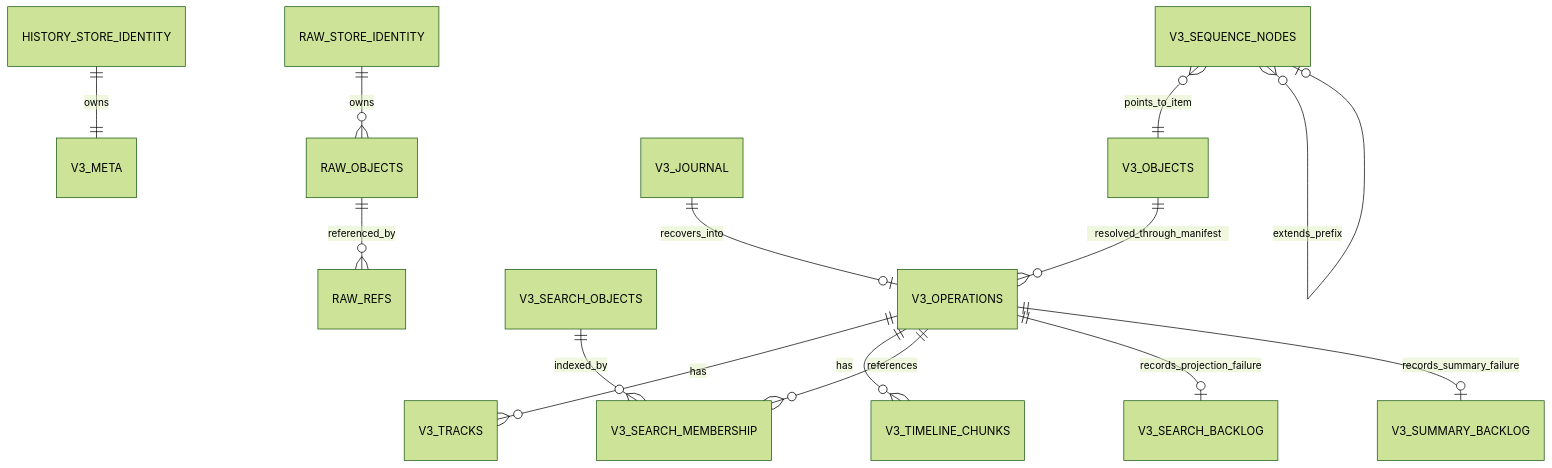
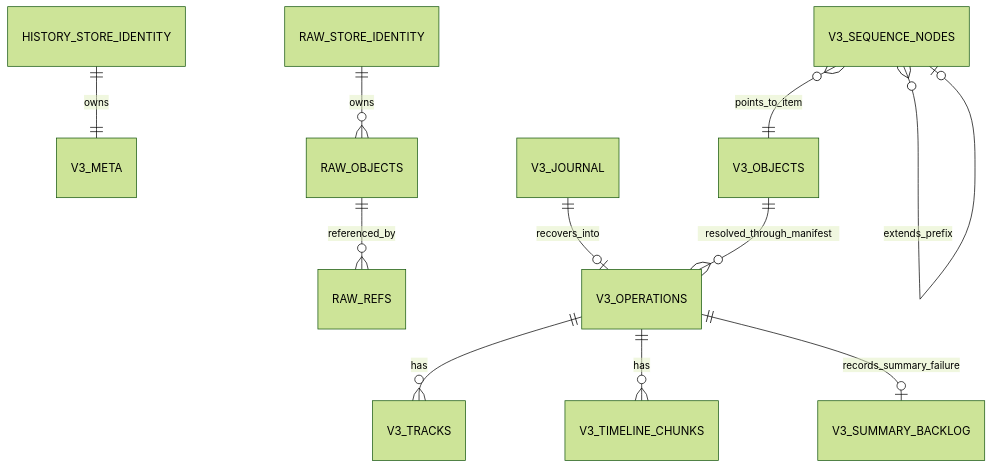
One commit to puxu-msft/copilot-api-js changed the diagram in docs/history-v3-schema.md. Above: the diagram before and after it, drawn with Mermaid (forest theme). The commit also changed other lines of this file and 30 other files, not shown here.

````diff
--- a/docs/history-v3-schema.md
+++ b/docs/history-v3-schema.md
@@ -22,16 +23,13 @@
 ```mermaid
 erDiagram
     HISTORY_STORE_IDENTITY ||--|| V3_META : owns
     V3_OPERATIONS ||--o{ V3_TRACKS : has
     V3_OPERATIONS ||--o{ V3_TIMELINE_CHUNKS : has
-    V3_OPERATIONS ||--o{ V3_SEARCH_MEMBERSHIP : references
-    V3_SEARCH_OBJECTS ||--o{ V3_SEARCH_MEMBERSHIP : indexed_by
     V3_OBJECTS ||--o{ V3_OPERATIONS : resolved_through_manifest
     V3_SEQUENCE_NODES }o--|| V3_OBJECTS : points_to_item
     V3_SEQUENCE_NODES }o--o| V3_SEQUENCE_NODES : extends_prefix
     V3_JOURNAL ||--o| V3_OPERATIONS : recovers_into
-    V3_OPERATIONS ||--o| V3_SEARCH_BACKLOG : records_projection_failure
     V3_OPERATIONS ||--o| V3_SUMMARY_BACKLOG : records_summary_failure
     RAW_STORE_IDENTITY ||--o{ RAW_OBJECTS : owns
     RAW_OBJECTS ||--o{ RAW_REFS : referenced_by
 ```
````
